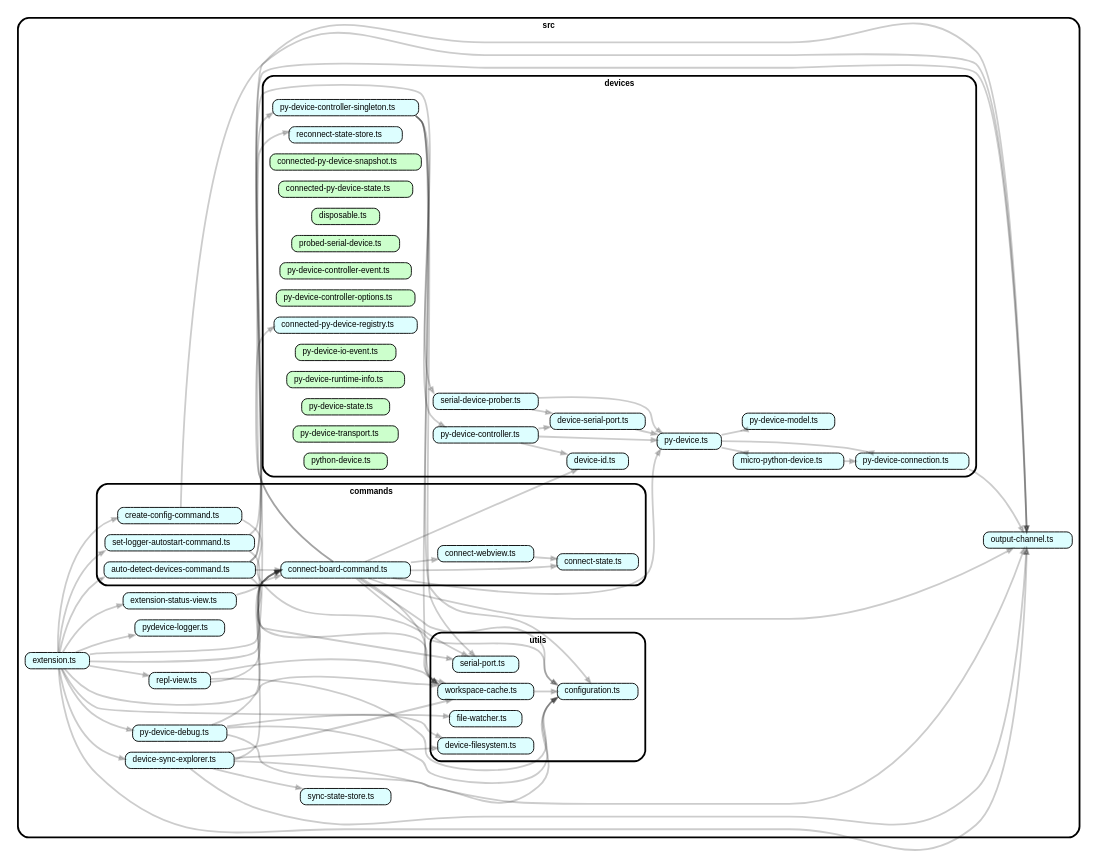
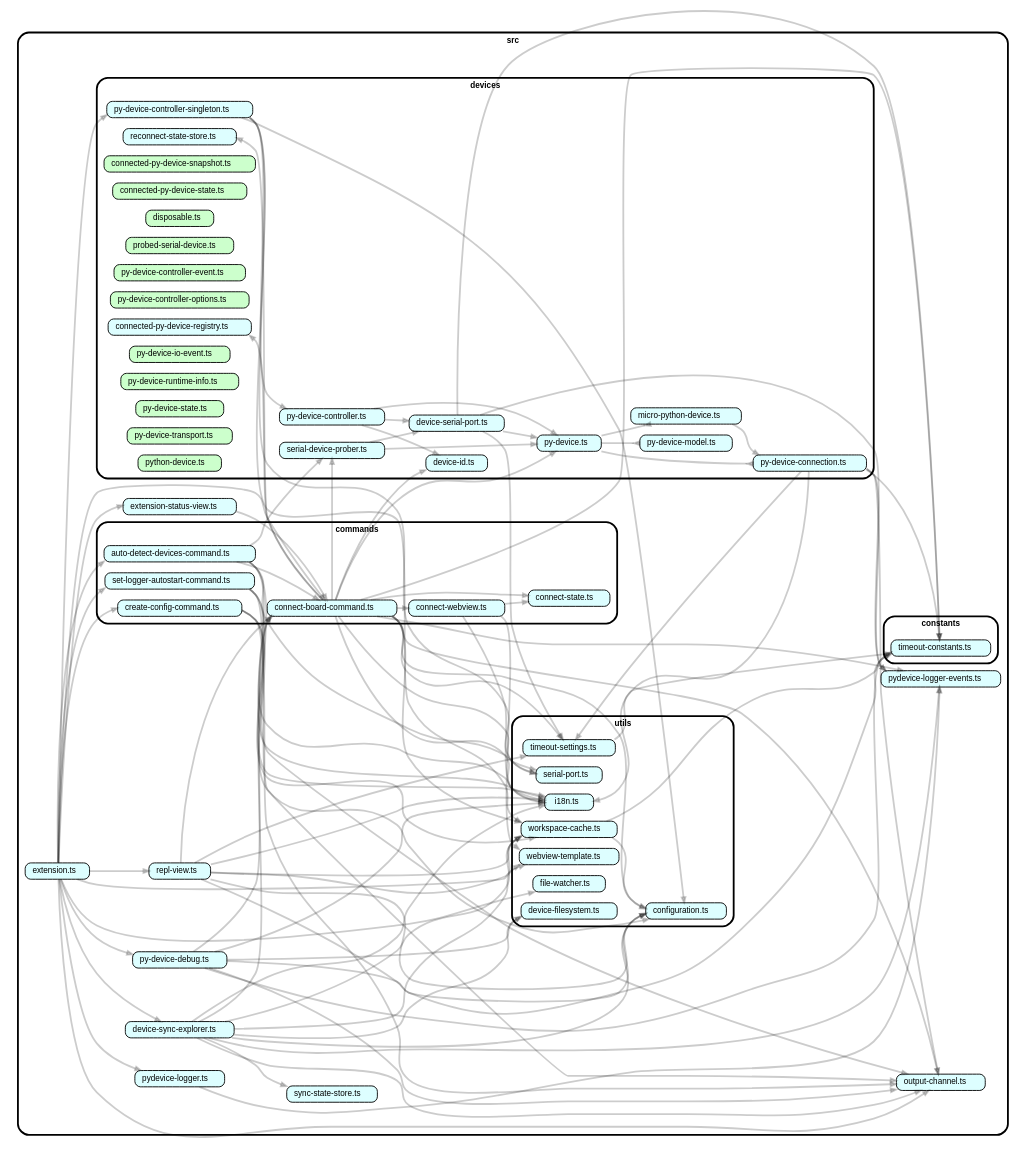
Before and after one commit to mekatrol/micropython-filemanager: the diagram in pyboard-extension/pyboarddev/docs/architecture/deps.dot, drawn with Graphviz. The commit also changed 1 other file, not shown here.

Commit message:
Updated architecture document

```diff
--- a/pyboard-extension/pyboarddev/docs/architecture/deps.dot
+++ b/pyboard-extension/pyboarddev/docs/architecture/deps.dot
@@ -6,47 +6,68 @@
     subgraph "cluster_src" {label="src" subgraph "cluster_src/commands" {label="commands" "src/commands/auto-detect-devices-command.ts" [label=<auto-detect-devices-command.ts> tooltip="auto-detect-devices-command.ts" URL="src/commands/auto-detect-devices-command.ts" fillcolor="#ddfeff"] } }
     "src/commands/auto-detect-devices-command.ts" -> "src/devices/serial-device-prober.ts"
     "src/commands/auto-detect-devices-command.ts" -> "src/output-channel.ts"
+    "src/commands/auto-detect-devices-command.ts" -> "src/utils/i18n.ts"
     "src/commands/auto-detect-devices-command.ts" -> "src/utils/serial-port.ts"
     "src/commands/auto-detect-devices-command.ts" -> "src/commands/connect-board-command.ts"
     subgraph "cluster_src" {label="src" subgraph "cluster_src/commands" {label="commands" "src/commands/connect-board-command.ts" [label=<connect-board-command.ts> tooltip="connect-board-command.ts" URL="src/commands/connect-board-command.ts" fillcolor="#ddfeff"] } }
+    "src/commands/connect-board-command.ts" -> "src/constants/timeout-constants.ts"
     "src/commands/connect-board-command.ts" -> "src/devices/connected-py-device-registry.ts"
     "src/commands/connect-board-command.ts" -> "src/devices/device-id.ts"
     "src/commands/connect-board-command.ts" -> "src/devices/py-device.ts"
     "src/commands/connect-board-command.ts" -> "src/devices/reconnect-state-store.ts"
+    "src/commands/connect-board-command.ts" -> "src/devices/serial-device-prober.ts"
     "src/commands/connect-board-command.ts" -> "src/output-channel.ts"
+    "src/commands/connect-board-command.ts" -> "src/pydevice-logger-events.ts"
     "src/commands/connect-board-command.ts" -> "src/utils/configuration.ts"
+    "src/commands/connect-board-command.ts" -> "src/utils/i18n.ts"
     "src/commands/connect-board-command.ts" -> "src/utils/serial-port.ts"
+    "src/commands/connect-board-command.ts" -> "src/utils/timeout-settings.ts"
     "src/commands/connect-board-command.ts" -> "src/utils/workspace-cache.ts"
     "src/commands/connect-board-command.ts" -> "src/commands/connect-state.ts"
     "src/commands/connect-board-command.ts" -> "src/commands/connect-webview.ts"
     subgraph "cluster_src" {label="src" subgraph "cluster_src/commands" {label="commands" "src/commands/connect-state.ts" [label=<connect-state.ts> tooltip="connect-state.ts" URL="src/commands/connect-state.ts" fillcolor="#ddfeff"] } }
     subgraph "cluster_src" {label="src" subgraph "cluster_src/commands" {label="commands" "src/commands/connect-webview.ts" [label=<connect-webview.ts> tooltip="connect-webview.ts" URL="src/commands/connect-webview.ts" fillcolor="#ddfeff"] } }
+    "src/commands/connect-webview.ts" -> "src/utils/i18n.ts"
+    "src/commands/connect-webview.ts" -> "src/utils/webview-template.ts"
     "src/commands/connect-webview.ts" -> "src/commands/connect-state.ts"
     subgraph "cluster_src" {label="src" subgraph "cluster_src/commands" {label="commands" "src/commands/create-config-command.ts" [label=<create-config-command.ts> tooltip="create-config-command.ts" URL="src/commands/create-config-command.ts" fillcolor="#ddfeff"] } }
     "src/commands/create-config-command.ts" -> "src/output-channel.ts"
     "src/commands/create-config-command.ts" -> "src/utils/configuration.ts"
+    "src/commands/create-config-command.ts" -> "src/utils/i18n.ts"
     subgraph "cluster_src" {label="src" subgraph "cluster_src/commands" {label="commands" "src/commands/set-logger-autostart-command.ts" [label=<set-logger-autostart-command.ts> tooltip="set-logger-autostart-command.ts" URL="src/commands/set-logger-autostart-command.ts" fillcolor="#ddfeff"] } }
     "src/commands/set-logger-autostart-command.ts" -> "src/output-channel.ts"
+    "src/commands/set-logger-autostart-command.ts" -> "src/utils/i18n.ts"
     "src/commands/set-logger-autostart-command.ts" -> "src/utils/workspace-cache.ts"
+    subgraph "cluster_src" {label="src" subgraph "cluster_src/constants" {label="constants" "src/constants/timeout-constants.ts" [label=<timeout-constants.ts> tooltip="timeout-constants.ts" URL="src/constants/timeout-constants.ts" fillcolor="#ddfeff"] } }
     subgraph "cluster_src" {label="src" "src/device-sync-explorer.ts" [label=<device-sync-explorer.ts> tooltip="device-sync-explorer.ts" URL="src/device-sync-explorer.ts" fillcolor="#ddfeff"] }
     "src/device-sync-explorer.ts" -> "src/commands/connect-board-command.ts"
     "src/device-sync-explorer.ts" -> "src/output-channel.ts"
+    "src/device-sync-explorer.ts" -> "src/pydevice-logger-events.ts"
     "src/device-sync-explorer.ts" -> "src/sync-state-store.ts"
     "src/device-sync-explorer.ts" -> "src/utils/configuration.ts"
     "src/device-sync-explorer.ts" -> "src/utils/device-filesystem.ts"
+    "src/device-sync-explorer.ts" -> "src/utils/i18n.ts"
+    "src/device-sync-explorer.ts" -> "src/utils/webview-template.ts"
     "src/device-sync-explorer.ts" -> "src/utils/workspace-cache.ts"
     subgraph "cluster_src" {label="src" subgraph "cluster_src/devices" {label="devices" "src/devices/connected-py-device-registry.ts" [label=<connected-py-device-registry.ts> tooltip="connected-py-device-registry.ts" URL="src/devices/connected-py-device-registry.ts" fillcolor="#ddfeff"] } }
     subgraph "cluster_src" {label="src" subgraph "cluster_src/devices" {label="devices" "src/devices/connected-py-device-snapshot.ts" [label=<connected-py-device-snapshot.ts> tooltip="connected-py-device-snapshot.ts" URL="src/devices/connected-py-device-snapshot.ts" fillcolor="#ccffcc"] } }
     subgraph "cluster_src" {label="src" subgraph "cluster_src/devices" {label="devices" "src/devices/connected-py-device-state.ts" [label=<connected-py-device-state.ts> tooltip="connected-py-device-state.ts" URL="src/devices/connected-py-device-state.ts" fillcolor="#ccffcc"] } }
     subgraph "cluster_src" {label="src" subgraph "cluster_src/devices" {label="devices" "src/devices/device-id.ts" [label=<device-id.ts> tooltip="device-id.ts" URL="src/devices/device-id.ts" fillcolor="#ddfeff"] } }
     subgraph "cluster_src" {label="src" subgraph "cluster_src/devices" {label="devices" "src/devices/device-serial-port.ts" [label=<device-serial-port.ts> tooltip="device-serial-port.ts" URL="src/devices/device-serial-port.ts" fillcolor="#ddfeff"] } }
+    "src/devices/device-serial-port.ts" -> "src/constants/timeout-constants.ts"
+    "src/devices/device-serial-port.ts" -> "src/pydevice-logger-events.ts"
+    "src/devices/device-serial-port.ts" -> "src/utils/timeout-settings.ts"
     "src/devices/device-serial-port.ts" -> "src/devices/py-device.ts"
     subgraph "cluster_src" {label="src" subgraph "cluster_src/devices" {label="devices" "src/devices/disposable.ts" [label=<disposable.ts> tooltip="disposable.ts" URL="src/devices/disposable.ts" fillcolor="#ccffcc"] } }
     subgraph "cluster_src" {label="src" subgraph "cluster_src/devices" {label="devices" "src/devices/micro-python-device.ts" [label=<micro-python-device.ts> tooltip="micro-python-device.ts" URL="src/devices/micro-python-device.ts" fillcolor="#ddfeff"] } }
     "src/devices/micro-python-device.ts" -> "src/devices/py-device-connection.ts"
     subgraph "cluster_src" {label="src" subgraph "cluster_src/devices" {label="devices" "src/devices/probed-serial-device.ts" [label=<probed-serial-device.ts> tooltip="probed-serial-device.ts" URL="src/devices/probed-serial-device.ts" fillcolor="#ccffcc"] } }
     subgraph "cluster_src" {label="src" subgraph "cluster_src/devices" {label="devices" "src/devices/py-device-connection.ts" [label=<py-device-connection.ts> tooltip="py-device-connection.ts" URL="src/devices/py-device-connection.ts" fillcolor="#ddfeff"] } }
+    "src/devices/py-device-connection.ts" -> "src/constants/timeout-constants.ts"
     "src/devices/py-device-connection.ts" -> "src/output-channel.ts"
+    "src/devices/py-device-connection.ts" -> "src/pydevice-logger-events.ts"
+    "src/devices/py-device-connection.ts" -> "src/utils/i18n.ts"
+    "src/devices/py-device-connection.ts" -> "src/utils/timeout-settings.ts"
     subgraph "cluster_src" {label="src" subgraph "cluster_src/devices" {label="devices" "src/devices/py-device-controller-event.ts" [label=<py-device-controller-event.ts> tooltip="py-device-controller-event.ts" URL="src/devices/py-device-controller-event.ts" fillcolor="#ccffcc"] } }
     subgraph "cluster_src" {label="src" subgraph "cluster_src/devices" {label="devices" "src/devices/py-device-controller-options.ts" [label=<py-device-controller-options.ts> tooltip="py-device-controller-options.ts" URL="src/devices/py-device-controller-options.ts" fillcolor="#ccffcc"] } }
     subgraph "cluster_src" {label="src" subgraph "cluster_src/devices" {label="devices" "src/devices/py-device-controller-singleton.ts" [label=<py-device-controller-singleton.ts> tooltip="py-device-controller-singleton.ts" URL="src/devices/py-device-controller-singleton.ts" fillcolor="#ddfeff"] } }
@@ -91,19 +112,32 @@
     subgraph "cluster_src" {label="src" "src/output-channel.ts" [label=<output-channel.ts> tooltip="output-channel.ts" URL="src/output-channel.ts" fillcolor="#ddfeff"] }
     subgraph "cluster_src" {label="src" "src/py-device-debug.ts" [label=<py-device-debug.ts> tooltip="py-device-debug.ts" URL="src/py-device-debug.ts" fillcolor="#ddfeff"] }
     "src/py-device-debug.ts" -> "src/commands/connect-board-command.ts"
+    "src/py-device-debug.ts" -> "src/constants/timeout-constants.ts"
     "src/py-device-debug.ts" -> "src/output-channel.ts"
     "src/py-device-debug.ts" -> "src/utils/configuration.ts"
     "src/py-device-debug.ts" -> "src/utils/device-filesystem.ts"
+    "src/py-device-debug.ts" -> "src/utils/i18n.ts"
+    subgraph "cluster_src" {label="src" "src/pydevice-logger-events.ts" [label=<pydevice-logger-events.ts> tooltip="pydevice-logger-events.ts" URL="src/pydevice-logger-events.ts" fillcolor="#ddfeff"] }
     subgraph "cluster_src" {label="src" "src/pydevice-logger.ts" [label=<pydevice-logger.ts> tooltip="pydevice-logger.ts" URL="src/pydevice-logger.ts" fillcolor="#ddfeff"] }
+    "src/pydevice-logger.ts" -> "src/pydevice-logger-events.ts"
     subgraph "cluster_src" {label="src" "src/repl-view.ts" [label=<repl-view.ts> tooltip="repl-view.ts" URL="src/repl-view.ts" fillcolor="#ddfeff"] }
     "src/repl-view.ts" -> "src/commands/connect-board-command.ts"
+    "src/repl-view.ts" -> "src/constants/timeout-constants.ts"
     "src/repl-view.ts" -> "src/utils/configuration.ts"
+    "src/repl-view.ts" -> "src/utils/i18n.ts"
+    "src/repl-view.ts" -> "src/utils/timeout-settings.ts"
+    "src/repl-view.ts" -> "src/utils/webview-template.ts"
     "src/repl-view.ts" -> "src/utils/workspace-cache.ts"
     subgraph "cluster_src" {label="src" "src/sync-state-store.ts" [label=<sync-state-store.ts> tooltip="sync-state-store.ts" URL="src/sync-state-store.ts" fillcolor="#ddfeff"] }
     subgraph "cluster_src" {label="src" subgraph "cluster_src/utils" {label="utils" "src/utils/configuration.ts" [label=<configuration.ts> tooltip="configuration.ts" URL="src/utils/configuration.ts" fillcolor="#ddfeff"] } }
     subgraph "cluster_src" {label="src" subgraph "cluster_src/utils" {label="utils" "src/utils/device-filesystem.ts" [label=<device-filesystem.ts> tooltip="device-filesystem.ts" URL="src/utils/device-filesystem.ts" fillcolor="#ddfeff"] } }
     subgraph "cluster_src" {label="src" subgraph "cluster_src/utils" {label="utils" "src/utils/file-watcher.ts" [label=<file-watcher.ts> tooltip="file-watcher.ts" URL="src/utils/file-watcher.ts" fillcolor="#ddfeff"] } }
+    subgraph "cluster_src" {label="src" subgraph "cluster_src/utils" {label="utils" "src/utils/i18n.ts" [label=<i18n.ts> tooltip="i18n.ts" URL="src/utils/i18n.ts" fillcolor="#ddfeff"] } }
     subgraph "cluster_src" {label="src" subgraph "cluster_src/utils" {label="utils" "src/utils/serial-port.ts" [label=<serial-port.ts> tooltip="serial-port.ts" URL="src/utils/serial-port.ts" fillcolor="#ddfeff"] } }
+    subgraph "cluster_src" {label="src" subgraph "cluster_src/utils" {label="utils" "src/utils/timeout-settings.ts" [label=<timeout-settings.ts> tooltip="timeout-settings.ts" URL="src/utils/timeout-settings.ts" fillcolor="#ddfeff"] } }
+    "src/utils/timeout-settings.ts" -> "src/constants/timeout-constants.ts"
+    subgraph "cluster_src" {label="src" subgraph "cluster_src/utils" {label="utils" "src/utils/webview-template.ts" [label=<webview-template.ts> tooltip="webview-template.ts" URL="src/utils/webview-template.ts" fillcolor="#ddfeff"] } }
     subgraph "cluster_src" {label="src" subgraph "cluster_src/utils" {label="utils" "src/utils/workspace-cache.ts" [label=<workspace-cache.ts> tooltip="workspace-cache.ts" URL="src/utils/workspace-cache.ts" fillcolor="#ddfeff"] } }
+    "src/utils/workspace-cache.ts" -> "src/constants/timeout-constants.ts"
     "src/utils/workspace-cache.ts" -> "src/utils/configuration.ts"
 }
```
